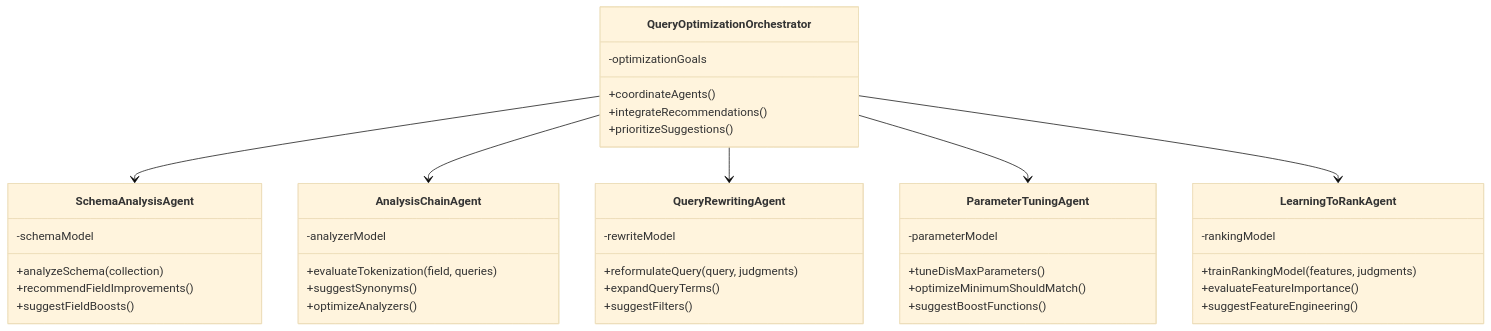
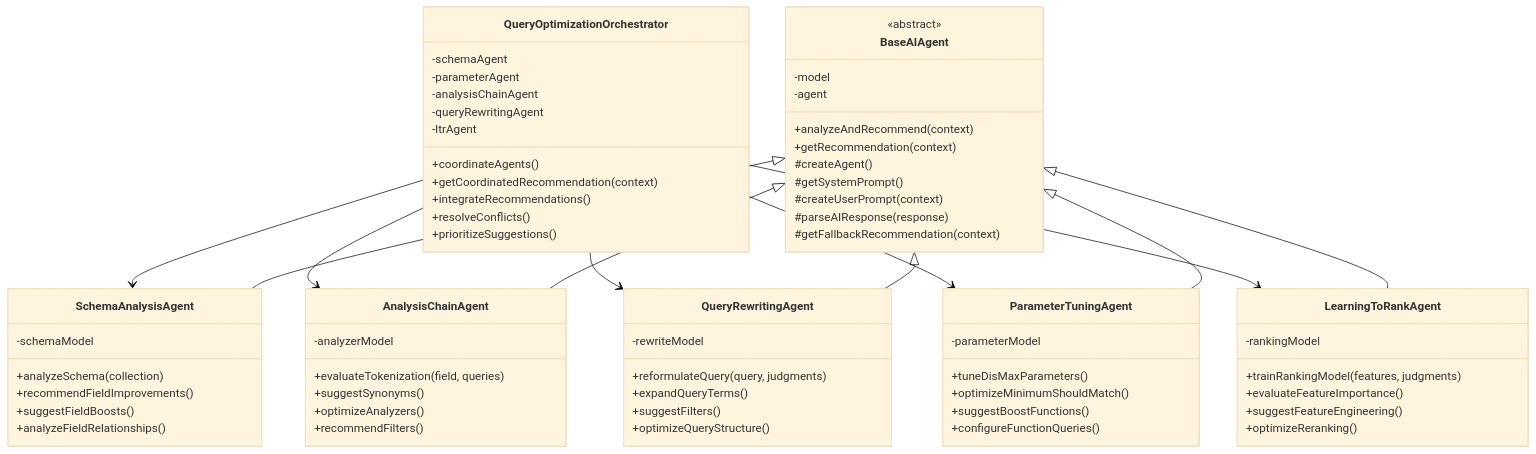
One commit to sstults/solr-optimizer changed the third of 7 diagrams in ARCHITECTURE.md. Above: the diagram before and after it, drawn with Mermaid (base theme). The commit also changed other lines of this file and 12 other files, not shown here.

Commit message:
Phase 3: AI-powered optimization system complete

````diff
--- a/ARCHITECTURE.md
+++ b/ARCHITECTURE.md
@@ -50,50 +67,80 @@
 ```mermaid
 classDiagram
     class QueryOptimizationOrchestrator {
         +coordinateAgents()
+        +getCoordinatedRecommendation(context)
         +integrateRecommendations()
+        +resolveConflicts()
         +prioritizeSuggestions()
-        -optimizationGoals
+        -schemaAgent
+        -parameterAgent
+        -analysisChainAgent
+        -queryRewritingAgent
+        -ltrAgent
+    }
+    
+    class BaseAIAgent {
+        <<abstract>>
+        +analyzeAndRecommend(context)
+        +getRecommendation(context)
+        #createAgent()
+        #getSystemPrompt()
+        #createUserPrompt(context)
+        #parseAIResponse(response)
+        #getFallbackRecommendation(context)
+        -model
+        -agent
     }
     
     class SchemaAnalysisAgent {
         +analyzeSchema(collection)
         +recommendFieldImprovements()
         +suggestFieldBoosts()
+        +analyzeFieldRelationships()
         -schemaModel
     }
     
     class AnalysisChainAgent {
         +evaluateTokenization(field, queries)
         +suggestSynonyms()
         +optimizeAnalyzers()
+        +recommendFilters()
         -analyzerModel
     }
     
     class QueryRewritingAgent {
         +reformulateQuery(query, judgments)
         +expandQueryTerms()
         +suggestFilters()
+        +optimizeQueryStructure()
         -rewriteModel
     }
     
     class ParameterTuningAgent {
         +tuneDisMaxParameters()
         +optimizeMinimumShouldMatch()
         +suggestBoostFunctions()
+        +configureFunctionQueries()
         -parameterModel
     }
     
     class LearningToRankAgent {
         +trainRankingModel(features, judgments)
         +evaluateFeatureImportance()
         +suggestFeatureEngineering()
+        +optimizeReranking()
         -rankingModel
     }
     
     QueryOptimizationOrchestrator --> SchemaAnalysisAgent
     QueryOptimizationOrchestrator --> AnalysisChainAgent
     QueryOptimizationOrchestrator --> QueryRewritingAgent
     QueryOptimizationOrchestrator --> ParameterTuningAgent
     QueryOptimizationOrchestrator --> LearningToRankAgent
+    
+    BaseAIAgent <|-- SchemaAnalysisAgent
+    BaseAIAgent <|-- AnalysisChainAgent
+    BaseAIAgent <|-- QueryRewritingAgent
+    BaseAIAgent <|-- ParameterTuningAgent
+    BaseAIAgent <|-- LearningToRankAgent
 ```
````
